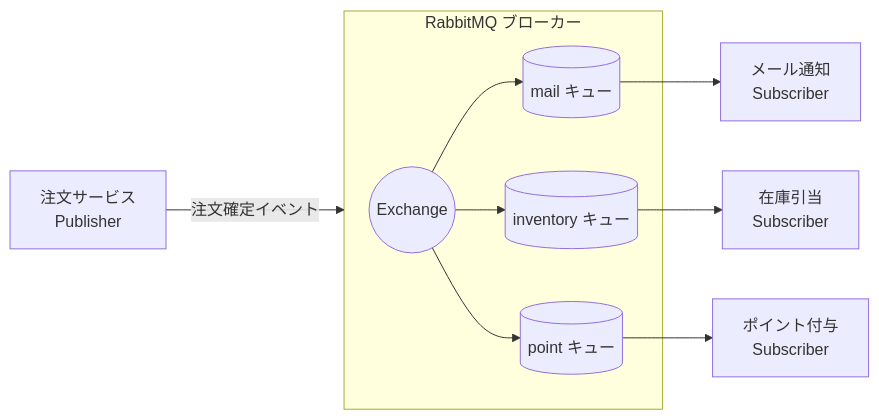
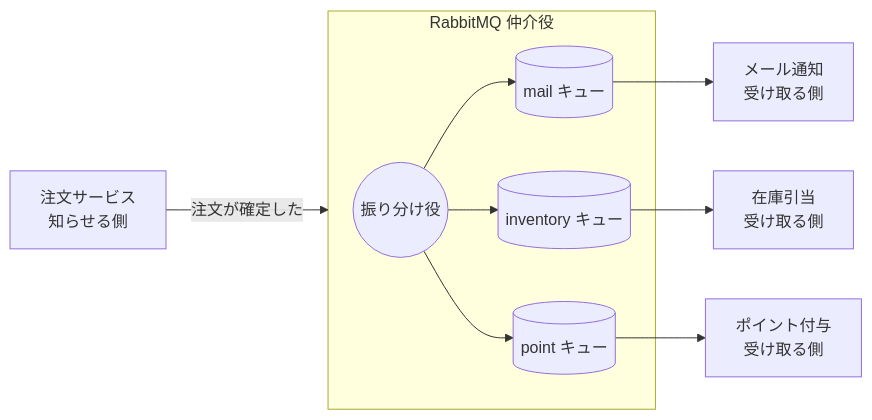
The first of 2 diagrams in chapters/00-overview.md (t-inoue0214/starter-web-async), drawn with Mermaid before and after one commit. The commit also changed other lines of this file and 96 other files, not shown here.

````diff
--- a/chapters/00-overview.md
+++ b/chapters/00-overview.md
@@ -26,16 +26,16 @@
 ```mermaid
 flowchart LR
-    Order[注文サービス<br>Publisher] -->|注文確定イベント| Broker
-    subgraph Broker[RabbitMQ ブローカー]
-        EX((Exchange))
+    Order[注文サービス<br>知らせる側] -->|注文が確定した| Broker
+    subgraph Broker[RabbitMQ 仲介役]
+        EX((振り分け役))
         Q1[(mail キュー)]
         Q2[(inventory キュー)]
         Q3[(point キュー)]
         EX --> Q1
         EX --> Q2
         EX --> Q3
     end
-    Q1 --> Mail[メール通知<br>Subscriber]
-    Q2 --> Inv[在庫引当<br>Subscriber]
-    Q3 --> Point[ポイント付与<br>Subscriber]
+    Q1 --> Mail[メール通知<br>受け取る側]
+    Q2 --> Inv[在庫引当<br>受け取る側]
+    Q3 --> Point[ポイント付与<br>受け取る側]
 ```
````
